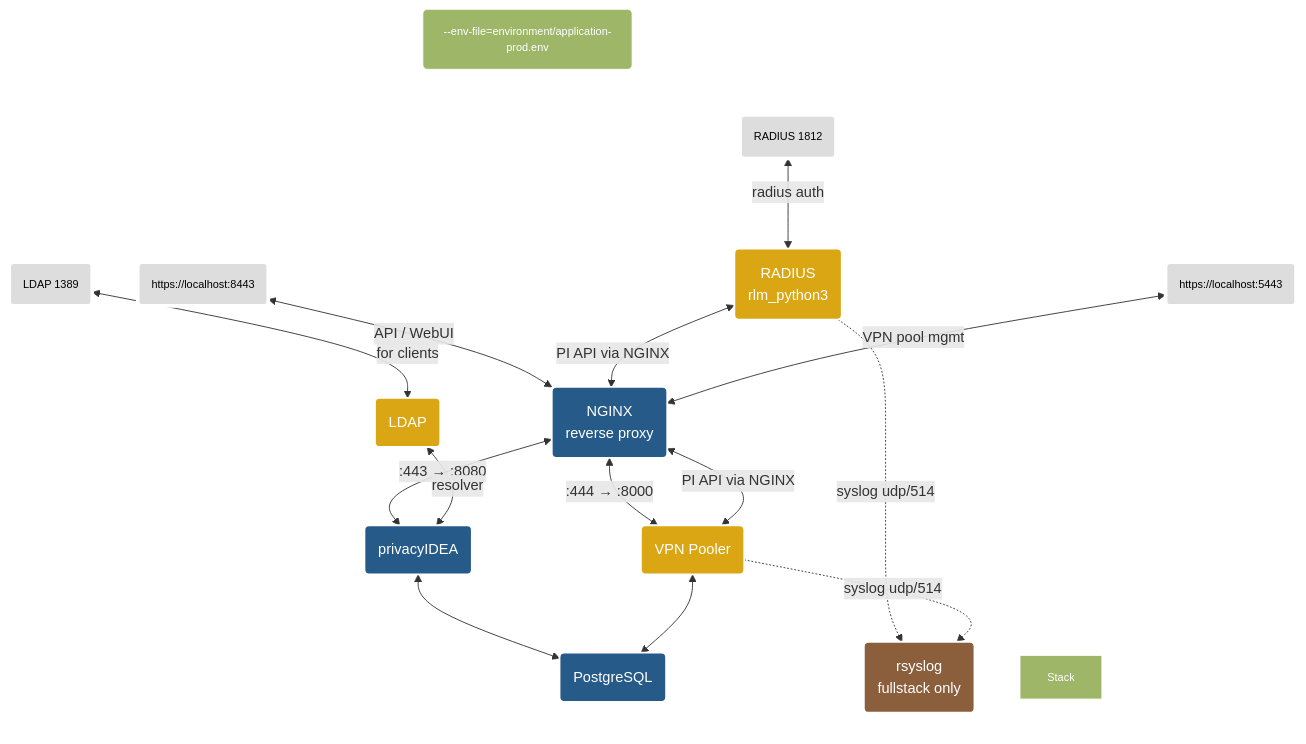
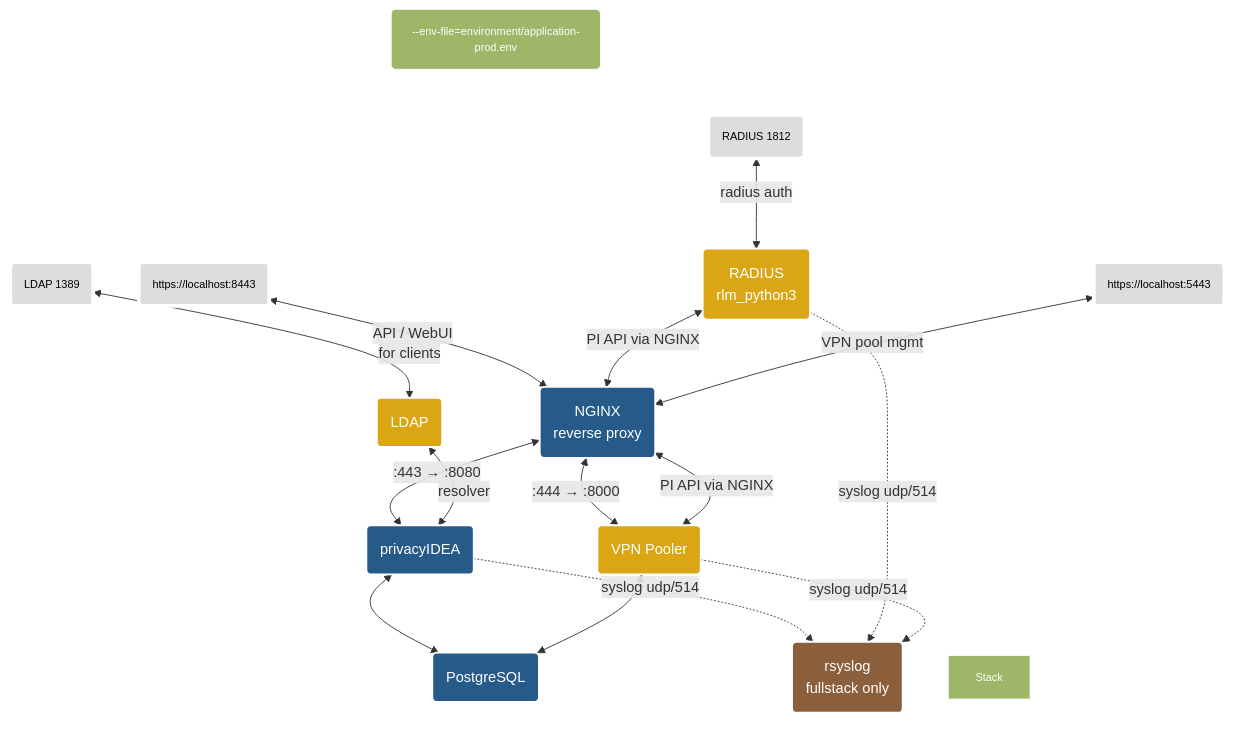
Before and after one commit to ilya-maltsev/privacyidea-docker: the diagram in README.md, drawn with Mermaid. The commit also changed other lines of this file and 5 other files, not shown here.

````diff
--- a/README.md
+++ b/README.md
@@ -178,45 +178,46 @@
 ```mermaid
 graph TD;
   a1("--env-file=environment/application-prod.env");
   w1(https://localhost:8443);
   w2(RADIUS 1812);
   w3(LDAP 1389);
   w7(https://localhost:5443);
   subgraph s1 [ ];
        r1(RADIUS<br/>rlm_python3);
        n1(NGINX<br/>reverse proxy);
        n2(LDAP);
        n3(privacyIDEA);
        n4(PostgreSQL);
        vpn1(VPN Pooler);
        syslog1(rsyslog<br/>fullstack only);
   st1[Stack];
   end;
   
   a1~~~w1;
   a1~~~w2;
   a1~~~w3;
   a1~~~w7;
 
   w1<-- API / WebUI -->n1<-- ":443 → :8080" -->n3<-->n4
   w2<-- radius auth -->r1<-- "PI API via NGINX" -->n1
   w3<-- for clients -->n2<-- resolver -->n3
   w7<-- VPN pool mgmt -->n1<-- ":444 → :8000" -->vpn1<-- "PI API via NGINX" -->n1
   vpn1<-->n4
+  n3-. "syslog udp/514" .->syslog1
   r1-. "syslog udp/514" .->syslog1
   vpn1-. "syslog udp/514" .->syslog1
 
   classDef plain font-size:12px,fill:#ddd,stroke:#fff,stroke-width:4px,color:#000;
   classDef heading font-size:12px,fill:#9db668,stroke:#fff,stroke-width:1px,color:#fff;
   classDef title font-size:16px,color:#000,background-color:#9db668,stroke:#ffff;
   classDef docker fill:#265a88,stroke:#fff,stroke-width:2px,color:#fff;
   classDef second fill:#dba614,stroke:#fff,stroke-width:2px,color:#fff;
   classDef logging fill:#8b5e3c,stroke:#fff,stroke-width:2px,color:#fff;
   classDef cluster fill:#fff,stroke:#888,stroke-width:2px,color:#265a88;
   class w1,w2,w3,w7 plain;
   class r1,n2,vpn1 second;
   class n1,n3,n4 docker;
   class syslog1 logging;
   class s1 title;
   class a1,st1 heading;
 ```
````
